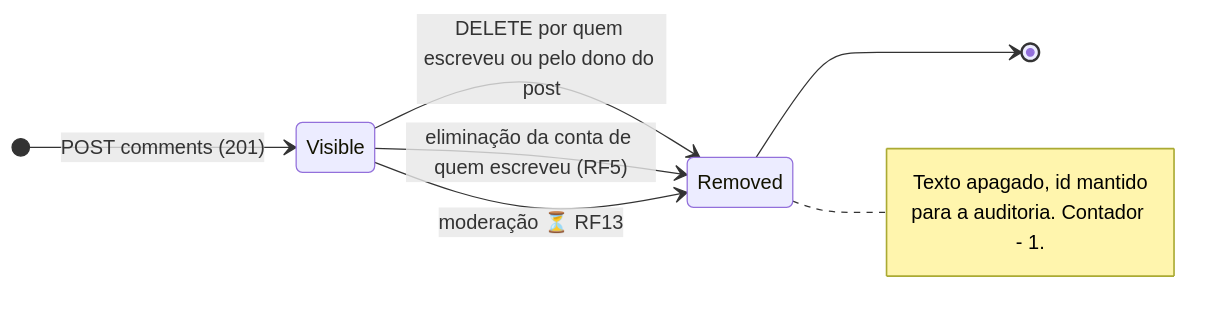
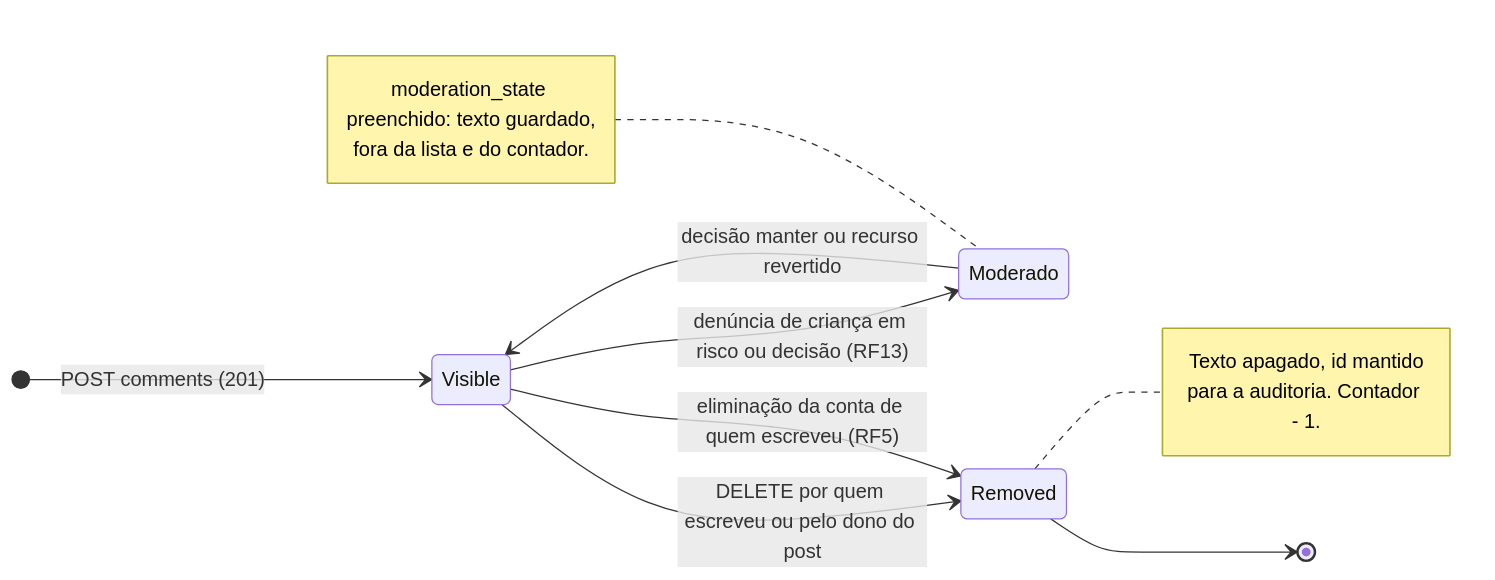
The second of 3 diagrams in docs/RF12/estados.md (MatheusHaliski/Friendly-Eats), drawn with Mermaid before and after one commit. The commit also changed 90 other files, not shown here.

````diff
--- a/docs/RF12/estados.md
+++ b/docs/RF12/estados.md
@@ -20,13 +20,18 @@
 ```mermaid
 stateDiagram-v2
     direction LR
     [*] --> Visible : POST comments (201)
     Visible --> Removed : DELETE por quem escreveu ou pelo dono do post
     Visible --> Removed : eliminação da conta de quem escreveu (RF5)
-    Visible --> Removed : moderação ⏳ RF13
+    Visible --> Moderado : denúncia de criança em risco ou decisão (RF13)
+    Moderado --> Visible : decisão manter ou recurso revertido
     Removed --> [*]
+    note left of Moderado
+        moderation_state preenchido: texto guardado,
+        fora da lista e do contador.
+    end note
     note right of Removed
         Texto apagado, id mantido
         para a auditoria. Contador - 1.
     end note
 ```
````
